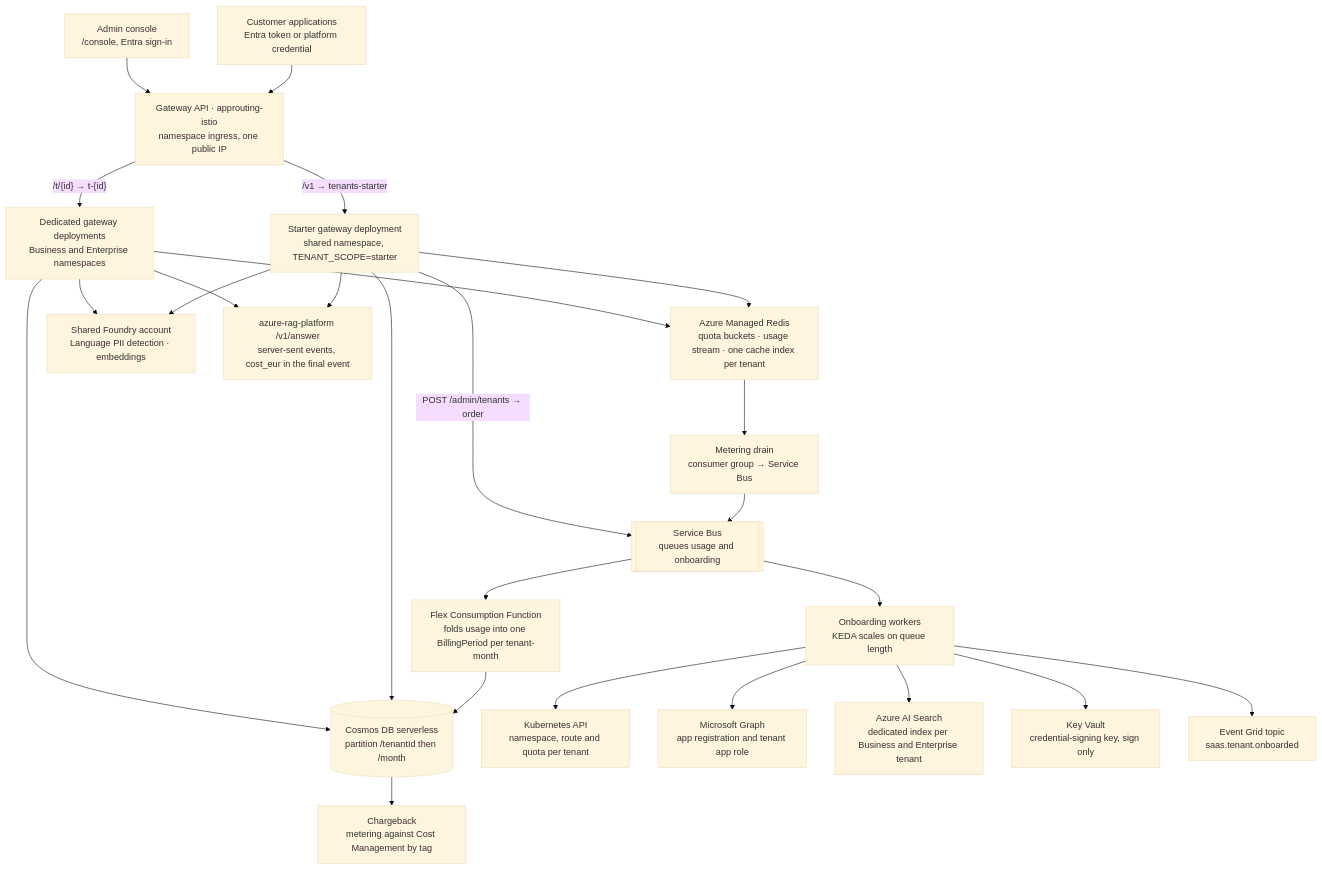
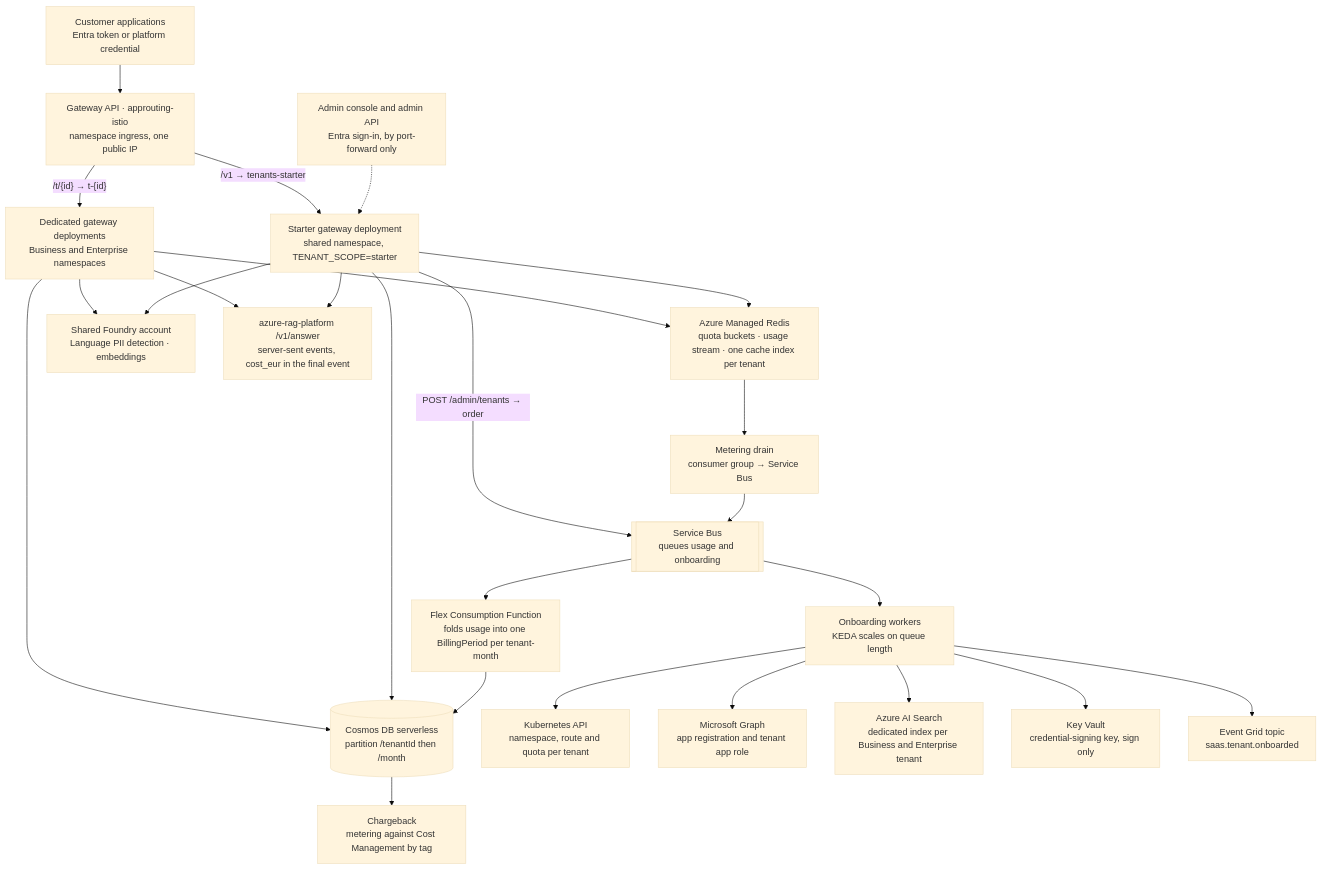
The first of 4 diagrams in docs/architecture.md (Rodrigo-GomezdelMoral/azure-ai-saas-platform), drawn with Mermaid (base theme) before and after one commit. The commit also changed other lines of this file and 12 other files, not shown here.

Commit message:
take the admin API off the public listener and correct the load texts

````diff
--- a/docs/architecture.md
+++ b/docs/architecture.md
@@ -12,27 +12,27 @@
 ```mermaid
 graph TB
     C["Customer applications<br/>Entra token or platform credential"] --> GW["Gateway API · approuting-istio<br/>namespace ingress, one public IP"]
-    ADM["Admin console<br/>/console, Entra sign-in"] --> GW
+    ADM["Admin console and admin API<br/>Entra sign-in, by port-forward only"] -.-> S
     GW -->|"/v1 → tenants-starter"| S["Starter gateway deployment<br/>shared namespace, TENANT_SCOPE=starter"]
     GW -->|"/t/{id} → t-{id}"| D["Dedicated gateway deployments<br/>Business and Enterprise namespaces"]
     S --> R["Azure Managed Redis<br/>quota buckets · usage stream · one cache index per tenant"]
     D --> R
     S --> F["Shared Foundry account<br/>Language PII detection · embeddings"]
     D --> F
     S --> RAG["azure-rag-platform /v1/answer<br/>server-sent events, cost_eur in the final event"]
     D --> RAG
     R --> MD["Metering drain<br/>consumer group → Service Bus"]
     MD --> SB[["Service Bus<br/>queues usage and onboarding"]]
     SB --> FN["Flex Consumption Function<br/>folds usage into one BillingPeriod per tenant-month"]
     FN --> COS[("Cosmos DB serverless<br/>partition /tenantId then /month")]
     S --> COS
     D --> COS
     S -->|"POST /admin/tenants → order"| SB
     SB --> ONB["Onboarding workers<br/>KEDA scales on queue length"]
     ONB --> K8S["Kubernetes API<br/>namespace, route and quota per tenant"]
     ONB --> GRAPH["Microsoft Graph<br/>app registration and tenant app role"]
     ONB --> SRCH["Azure AI Search<br/>dedicated index per Business and Enterprise tenant"]
     ONB --> KV["Key Vault<br/>credential-signing key, sign only"]
     ONB --> EG["Event Grid topic<br/>saas.tenant.onboarded"]
     COS --> CB["Chargeback<br/>metering against Cost Management by tag"]
 ```
````
